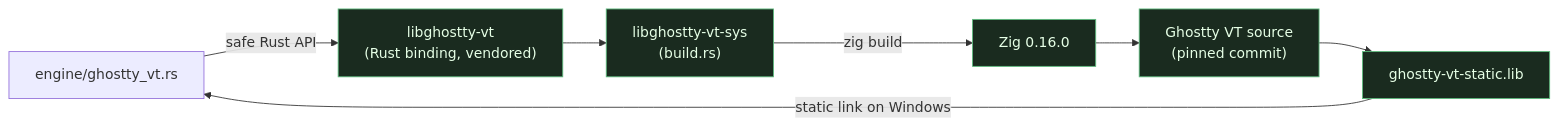
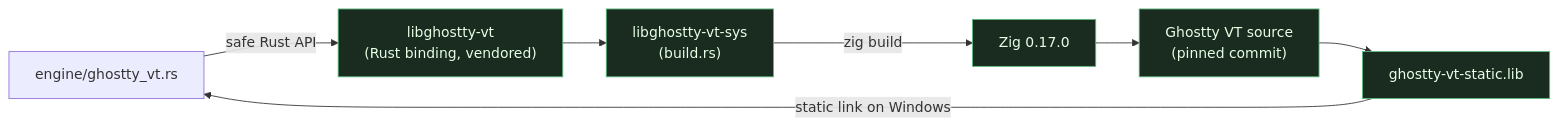
One commit to stvnksslr/geist changed the first of 4 diagrams in docs/touchpoints/libghostty.md. Above: the diagram before and after it, drawn with Mermaid. The commit also changed other lines of this file and 30 other files, not shown here.

````diff
--- a/docs/touchpoints/libghostty.md
+++ b/docs/touchpoints/libghostty.md
@@ -16,19 +16,19 @@
 ```mermaid
 flowchart LR
     src["engine/ghostty_vt.rs"]
     bind["libghostty-vt<br/>(Rust binding, vendored)"]
     sys["libghostty-vt-sys<br/>(build.rs)"]
-    zig["Zig 0.16.0"]
+    zig["Zig 0.17.0"]
     ghostty["Ghostty VT source<br/>(pinned commit)"]
     archive["ghostty-vt-static.lib"]
 
     src -->|safe Rust API| bind
     bind --> sys
     sys -->|"zig build"| zig
     zig --> ghostty
     ghostty --> archive
     archive -->|static link on Windows| src
 
     classDef v fill:#1a2b1f,stroke:#5cba7c,color:#e6ffe6
     class bind,sys,zig,ghostty,archive v
 ```
````
